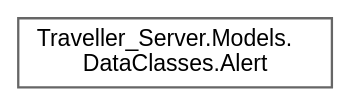
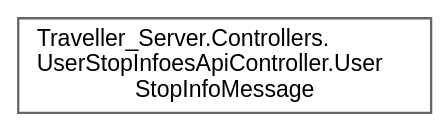
The diagram in Servidor/inherit_graph_29.dot (VenelinArgirov/manual-tecnico.github.io), drawn with Graphviz before and after one commit. The commit also changed 1719 other files, not shown here.

```diff
--- a/Servidor/inherit_graph_29.dot
+++ b/Servidor/inherit_graph_29.dot
@@ -1,9 +1,9 @@
 digraph "Graphical Class Hierarchy"
 {
  // LATEX_PDF_SIZE
   bgcolor="transparent";
   edge [fontname=Helvetica,fontsize=10,labelfontname=Helvetica,labelfontsize=10];
   node [fontname=Helvetica,fontsize=10,shape=box,height=0.2,width=0.4];
   rankdir="LR";
-  Node0 [label="Traveller_Server.Models.\lDataClasses.Alert",height=0.2,width=0.4,color="grey40", fillcolor="white", style="filled",URL="$class_traveller___server_1_1_models_1_1_data_classes_1_1_alert.html",tooltip="Alert data class. Represents a social alert to warn others users of certain conditions,..."];
+  Node0 [label="Traveller_Server.Controllers.\lUserStopInfoesApiController.User\lStopInfoMessage",height=0.2,width=0.4,color="grey40", fillcolor="white", style="filled",URL="$class_traveller___server_1_1_controllers_1_1_user_stop_infoes_api_controller_1_1_user_stop_info_message.html",tooltip="User stop info message class, used as an interface between front-end and back-end."];
 }
```
